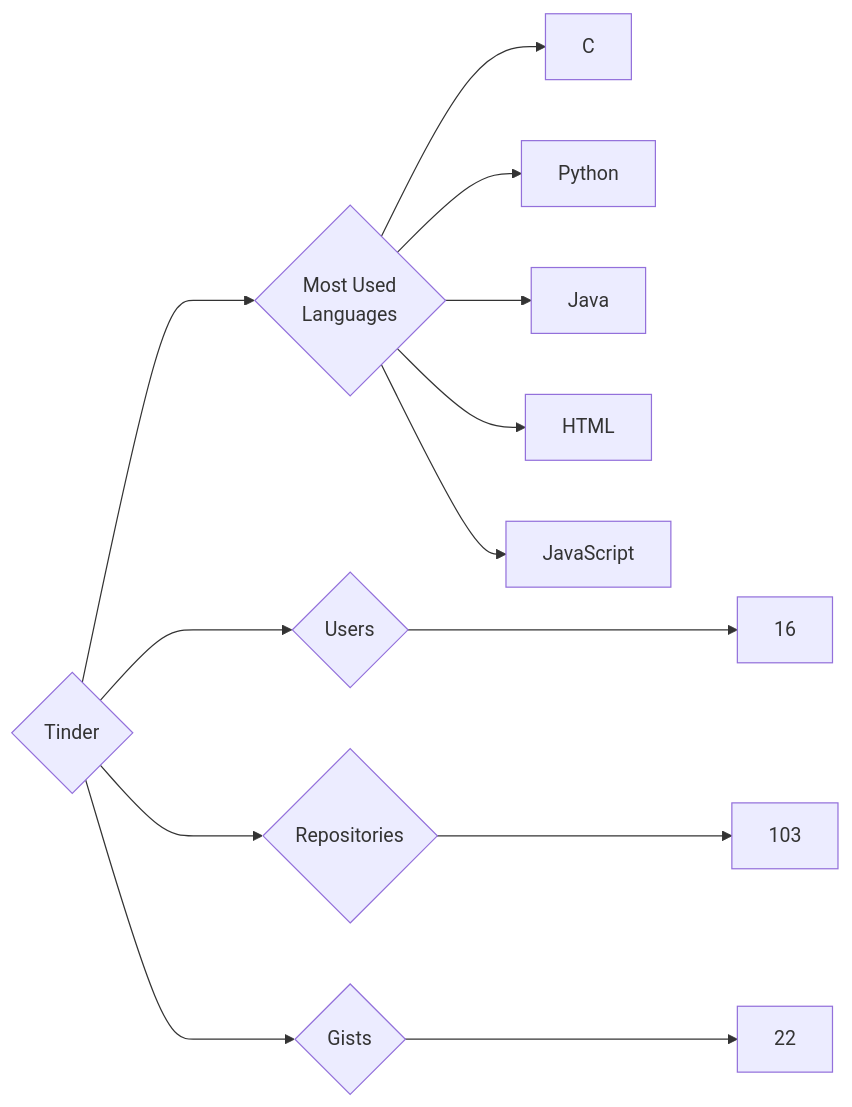
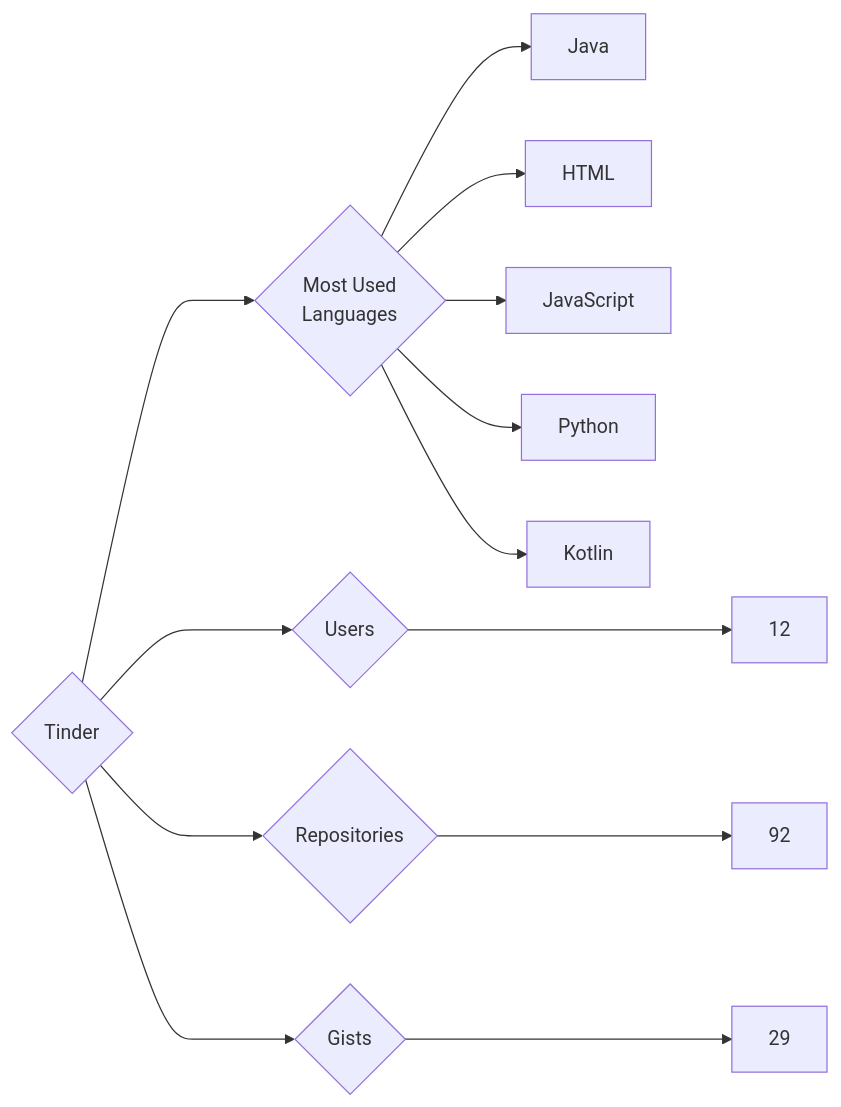
The diagram in targets/Tinder/README.md (trickest/insiders), drawn with Mermaid before and after one commit. The commit also changed 728 other files, not shown here.

````diff
--- a/targets/Tinder/README.md
+++ b/targets/Tinder/README.md
@@ -3,13 +3,13 @@
 ```mermaid
 graph LR
 COMPANY_NAME{Tinder}
-COMPANY_NAME ---> U{Users} ---> UN[16]
-COMPANY_NAME ---> R{Repositories} ---> RN[103]
-COMPANY_NAME ---> G{Gists} ---> GN[22]
+COMPANY_NAME ---> U{Users} ---> UN[12]
+COMPANY_NAME ---> R{Repositories} ---> RN[92]
+COMPANY_NAME ---> G{Gists} ---> GN[29]
 COMPANY_NAME ---> ML{Most Used<br>Languages}
-ML --> C[C]
-ML --> Python[Python]
 ML --> Java[Java]
 ML --> HTML[HTML]
 ML --> JavaScript[JavaScript]
+ML --> Python[Python]
+ML --> Kotlin[Kotlin]
 ```
````
